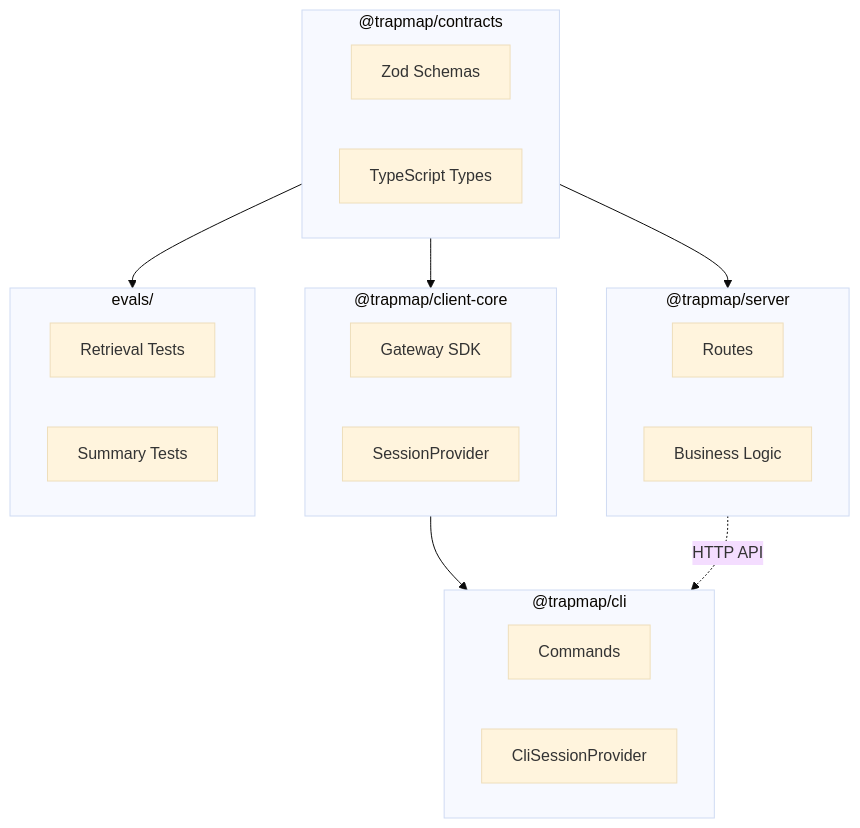
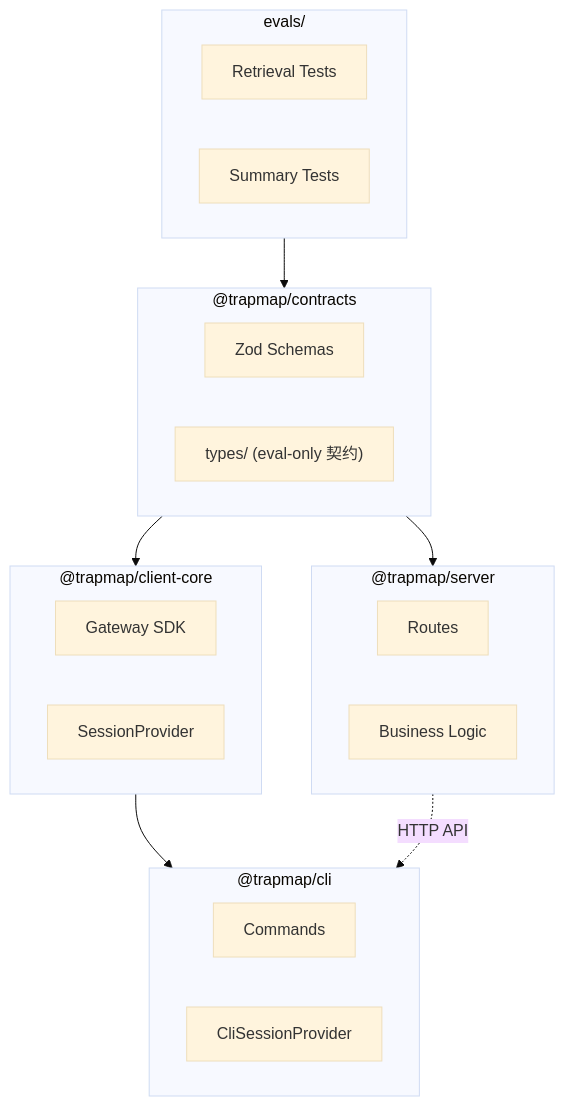
One commit to pofossette/TrapMap-for-vibing changed the diagram in docs/PACKAGES.md. Above: the diagram before and after it, drawn with Mermaid (base theme). The commit also changed other lines of this file and 122 other files, not shown here.

First line of the commit message:
refactor(contracts): relocate eval-only contracts to evals/types

````diff
--- a/docs/PACKAGES.md
+++ b/docs/PACKAGES.md
@@ -418,34 +417,35 @@
 ```mermaid
 flowchart TB
     subgraph 契约包["@trapmap/contracts"]
         Zod["Zod Schemas"]
         Types["TypeScript Types"]
     end
 
     subgraph 客户端内核["@trapmap/client-core"]
         Gateway["Gateway SDK"]
         Session["SessionProvider"]
     end
 
     subgraph 服务器包["@trapmap/server"]
         Routes["Routes"]
         Lib["Business Logic"]
     end
 
     subgraph CLI包["@trapmap/cli"]
         Commands["Commands"]
         Adapter["CliSessionProvider"]
     end
 
     契约包 --> 服务器包
     契约包 --> 客户端内核
     客户端内核 --> CLI包
     服务器包 -. "HTTP API" .-> CLI包
 
     subgraph 评测包["evals/"]
+        Types["types/ (eval-only 契约)"]
         Retrieval["Retrieval Tests"]
         Summary["Summary Tests"]
     end
 
-    契约包 --> 评测包
+    评测包 --> 契约包
 ```
````
